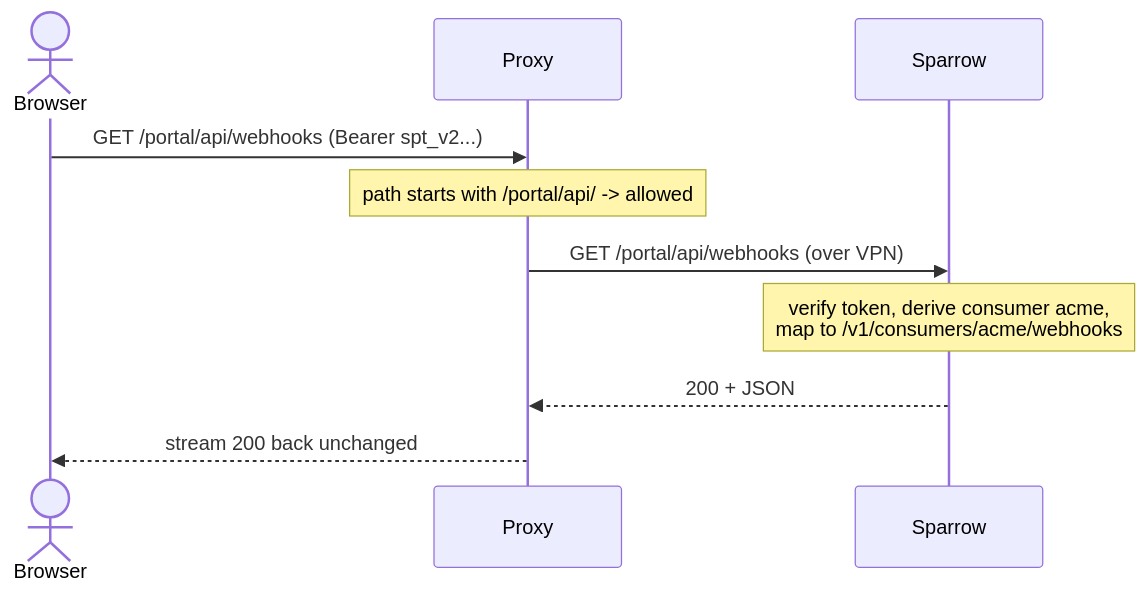
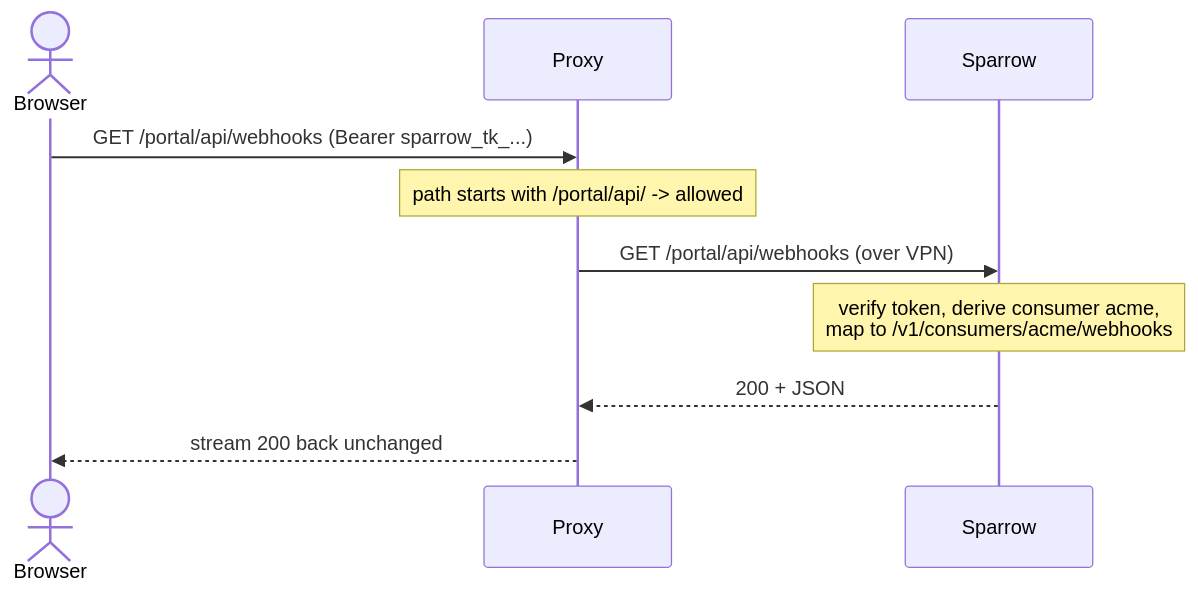
The diagram in docs/src/assets/diagrams/portal-embedding-trace.mmd (sarathsp06/sparrow), drawn with Mermaid before and after one commit. The commit also changed 63 other files, not shown here.

```diff
--- a/docs/src/assets/diagrams/portal-embedding-trace.mmd
+++ b/docs/src/assets/diagrams/portal-embedding-trace.mmd
@@ -1,10 +1,10 @@
 sequenceDiagram
     actor U as Browser
     participant P as Proxy
     participant S as Sparrow
-    U->>P: GET /portal/api/webhooks (Bearer spt_v2...)
+    U->>P: GET /portal/api/webhooks (Bearer sparrow_tk_...)
     Note over P: path starts with /portal/api/ -> allowed
     P->>S: GET /portal/api/webhooks (over VPN)
     Note over S: verify token, derive consumer acme,<br>map to /v1/consumers/acme/webhooks
     S-->>P: 200 + JSON
     P-->>U: stream 200 back unchanged
```
